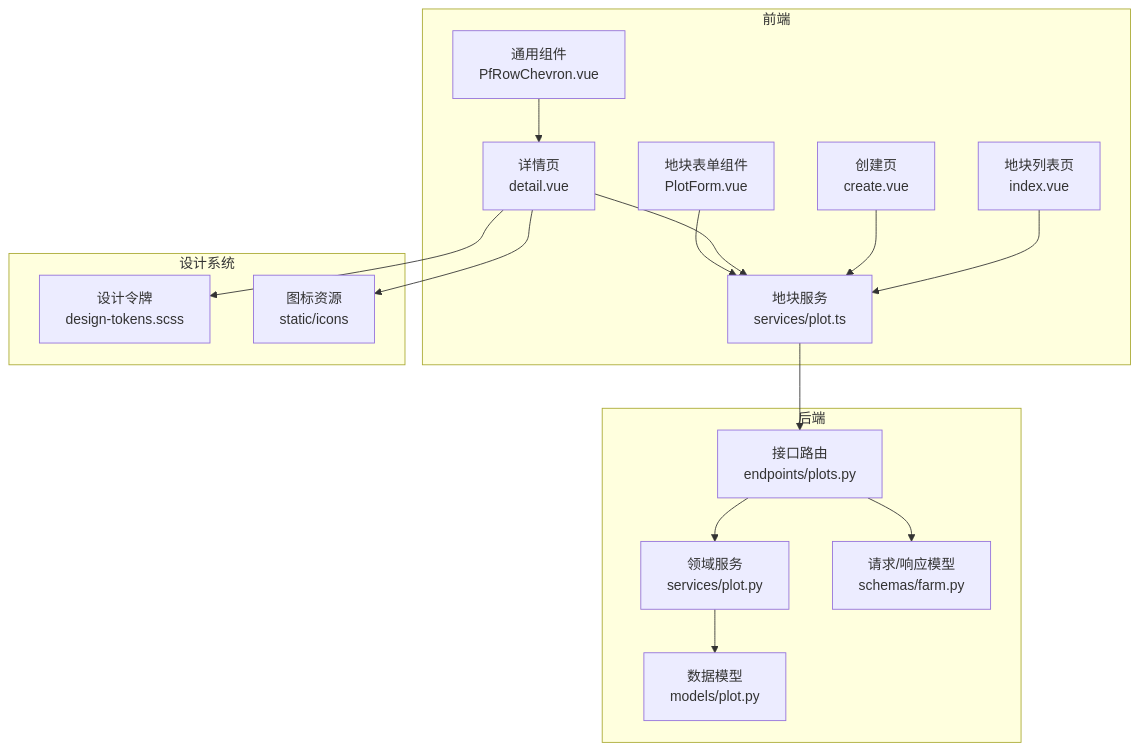
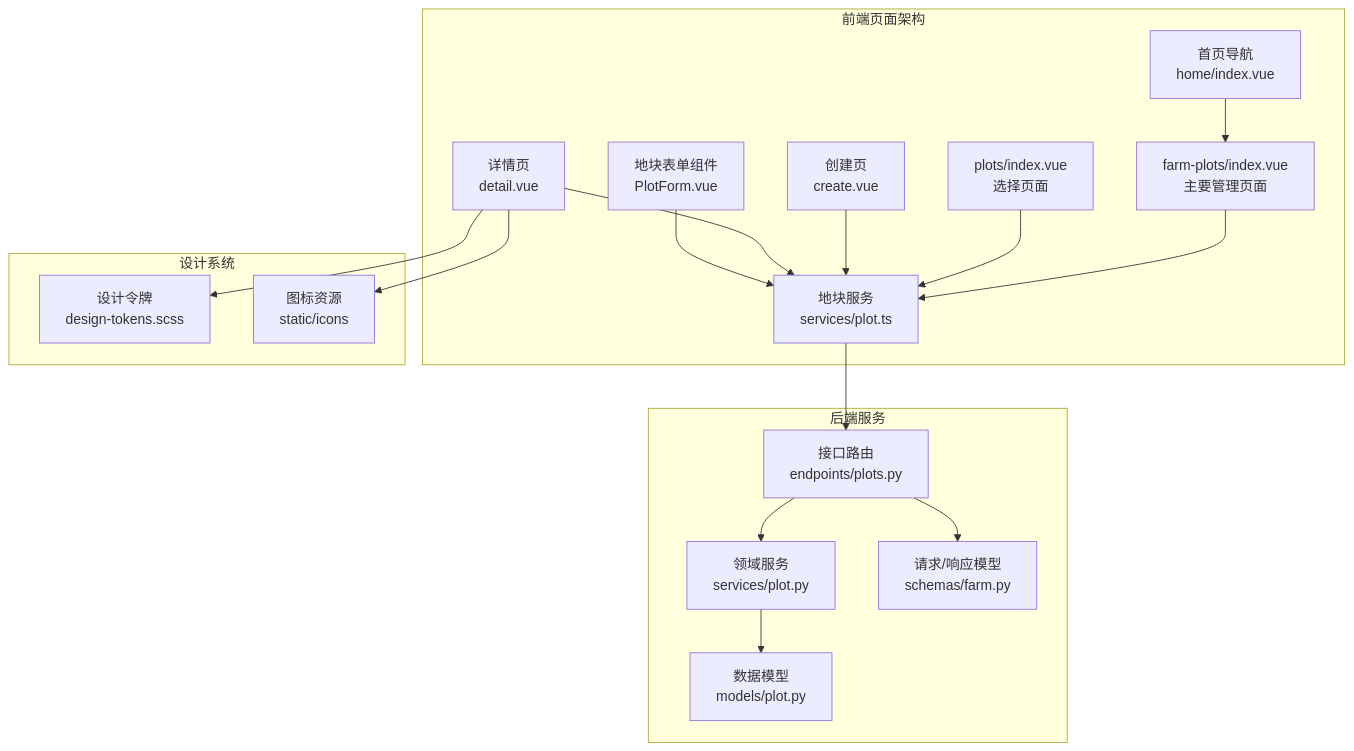
Before and after one commit to wungjyan/pocket-farm: the first of 6 diagrams in .qoder/repowiki/zh/content/项目概览/核心功能/地块规划与管理.md, drawn with Mermaid. The commit also changed other lines of this file and 198 other files, not shown here.

````diff
--- a/.qoder/repowiki/zh/content/项目概览/核心功能/地块规划与管理.md
+++ b/.qoder/repowiki/zh/content/项目概览/核心功能/地块规划与管理.md
@@ -53,32 +57,34 @@
 ```mermaid
 graph TB
-subgraph "前端"
-PList["地块列表页<br/>index.vue"]
-PCreate["创建页<br/>create.vue"]
-PDetail["详情页<br/>detail.vue"]
-PForm["地块表单组件<br/>PlotForm.vue"]
-PSvc["地块服务<br/>services/plot.ts"]
-PFComp["通用组件<br/>PfRowChevron.vue"]
+subgraph "前端页面架构"
+FP["farm-plots/index.vue<br/>主要管理页面"]
+PI["plots/index.vue<br/>选择页面"]
+PC["创建页<br/>create.vue"]
+PD["详情页<br/>detail.vue"]
+PF["地块表单组件<br/>PlotForm.vue"]
+PS["地块服务<br/>services/plot.ts"]
+PH["首页导航<br/>home/index.vue"]
 end
-subgraph "后端"
+subgraph "后端服务"
 EP["接口路由<br/>endpoints/plots.py"]
 SV["领域服务<br/>services/plot.py"]
 MD["数据模型<br/>models/plot.py"]
 SC["请求/响应模型<br/>schemas/farm.py"]
 end
 subgraph "设计系统"
 DT["设计令牌<br/>design-tokens.scss"]
 IC["图标资源<br/>static/icons"]
 end
-PList --> PSvc
-PCreate --> PSvc
-PDetail --> PSvc
-PForm --> PSvc
-PFComp --> PDetail
-PSvc --> EP
+PH --> FP
+FP --> PS
+PI --> PS
+PC --> PS
+PD --> PS
+PF --> PS
+PS --> EP
 EP --> SV
 SV --> MD
 EP --> SC
-PDetail --> DT
-PDetail --> IC
+PD --> DT
+PD --> IC
 ```
````
